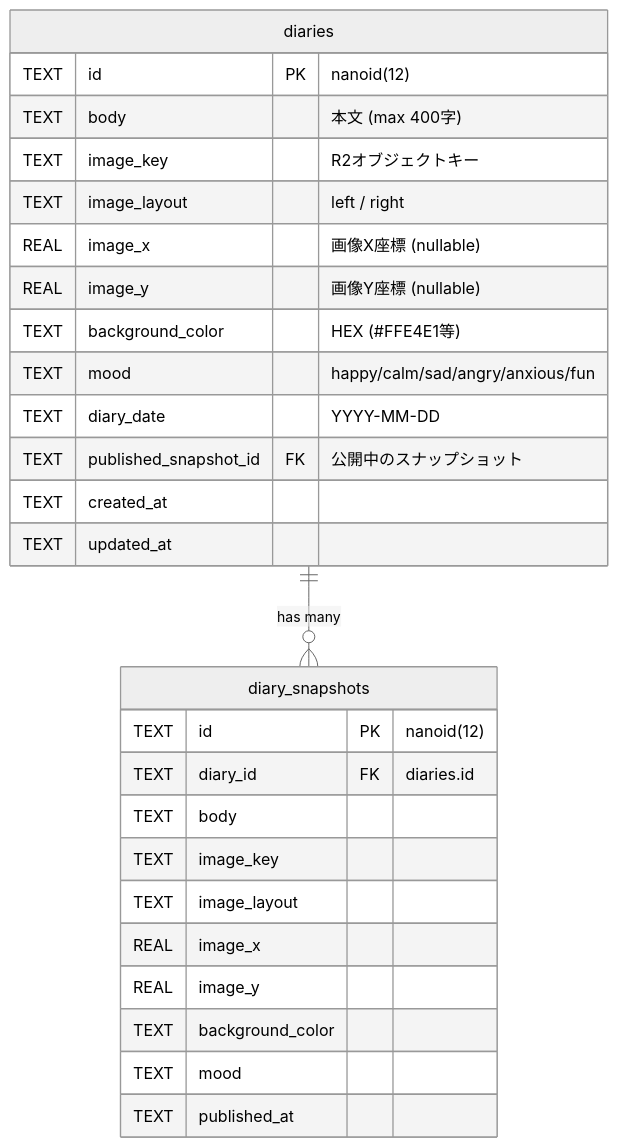
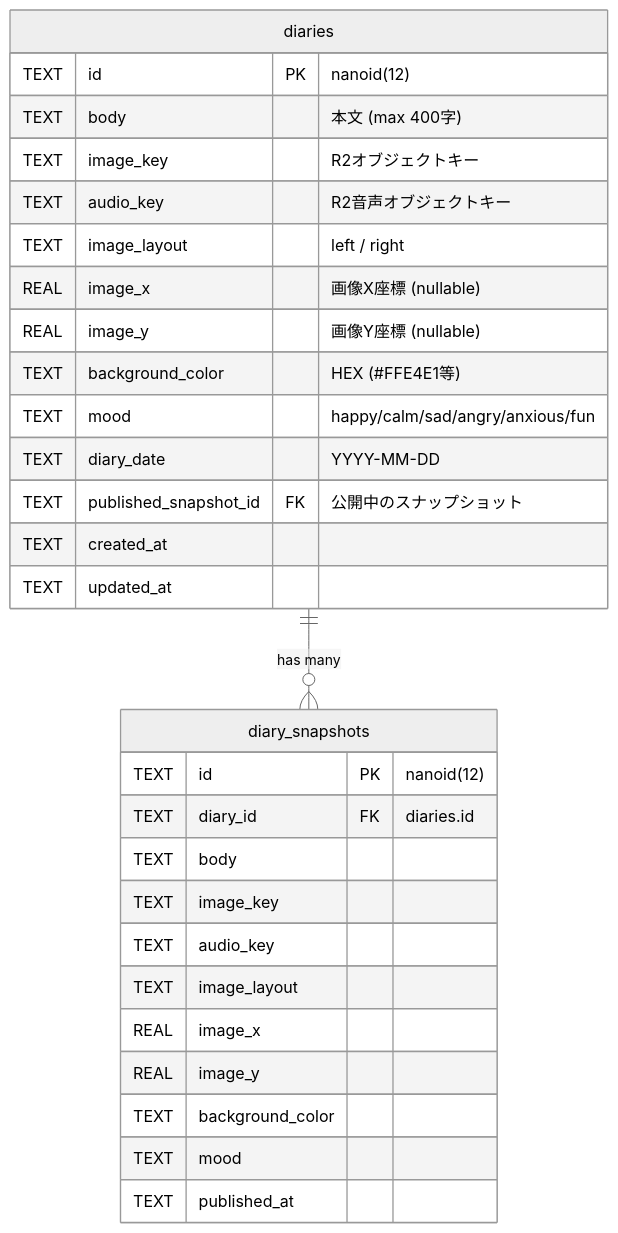
Before and after one commit to shimabox/400-diary: the first of 3 diagrams in docs/architecture/database.md, drawn with Mermaid (neutral theme). The commit also changed other lines of this file and 4 other files, not shown here.

Commit message:
architecture docsを現行実装に揃える (#45)

````diff
--- a/docs/architecture/database.md
+++ b/docs/architecture/database.md
@@ -9,30 +9,32 @@
 ```mermaid
 erDiagram
     diaries ||--o{ diary_snapshots : "has many"
     diaries {
         TEXT id PK "nanoid(12)"
         TEXT body "本文 (max 400字)"
         TEXT image_key "R2オブジェクトキー"
+        TEXT audio_key "R2音声オブジェクトキー"
         TEXT image_layout "left / right"
         REAL image_x "画像X座標 (nullable)"
         REAL image_y "画像Y座標 (nullable)"
         TEXT background_color "HEX (#FFE4E1等)"
         TEXT mood "happy/calm/sad/angry/anxious/fun"
         TEXT diary_date "YYYY-MM-DD"
         TEXT published_snapshot_id FK "公開中のスナップショット"
         TEXT created_at
         TEXT updated_at
     }
     diary_snapshots {
         TEXT id PK "nanoid(12)"
         TEXT diary_id FK "diaries.id"
         TEXT body
         TEXT image_key
+        TEXT audio_key
         TEXT image_layout
         REAL image_x
         REAL image_y
         TEXT background_color
         TEXT mood
         TEXT published_at
     }
 ```
````
